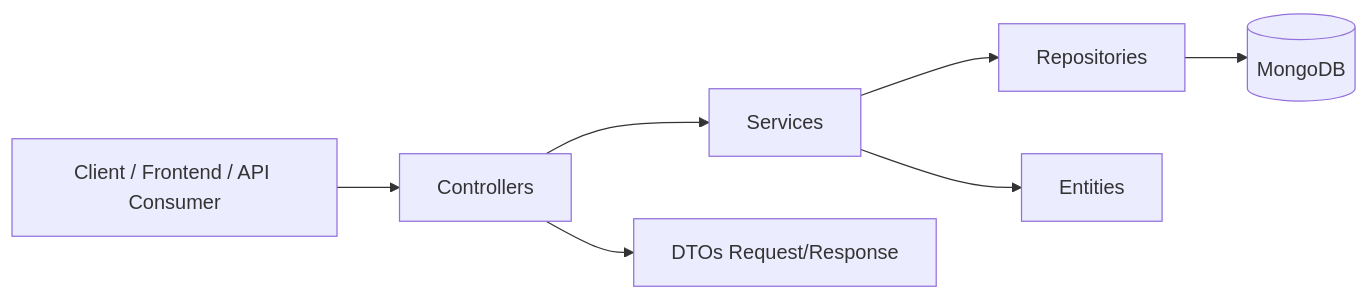
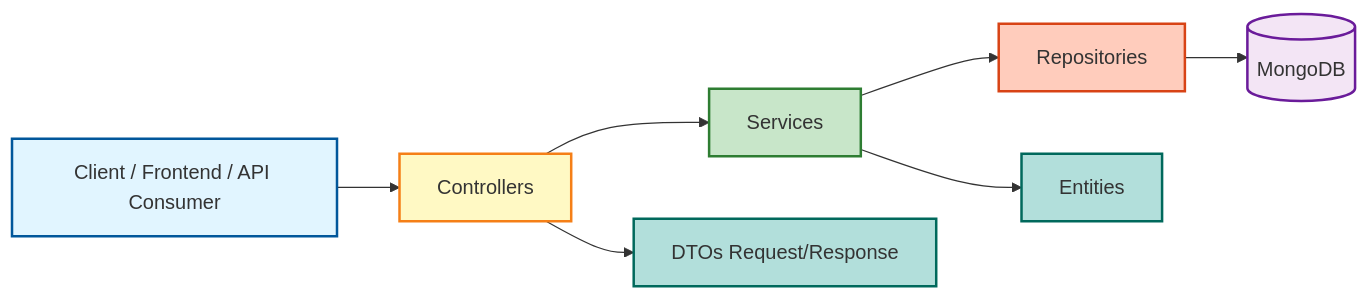
One commit to fasai444/GreenDesk changed the first of 2 diagrams in docs/architecture.md. Above: the diagram before and after it, drawn with Mermaid. The commit also changed other lines of this file and 6 other files, not shown here.

````diff
--- a/docs/architecture.md
+++ b/docs/architecture.md
@@ -14,10 +14,24 @@
 ```mermaid
 flowchart LR
-		Client[Client / Frontend / API Consumer] --> C[Controllers]
-		C --> S[Services]
-		S --> R[Repositories]
-		R --> M[(MongoDB)]
+    Client[Client / Frontend / API Consumer] --> C[Controllers]
+    C --> S[Services]
+    S --> R[Repositories]
+    R --> M[(MongoDB)]
 
-		S --> E[Entities]
-		C --> DTO[DTOs Request/Response]
+    S --> E[Entities]
+    C --> DTO[DTOs Request/Response]
+    
+    classDef clientStyle fill:#e1f5ff,stroke:#01579b,stroke-width:2px
+    classDef ctrlStyle fill:#fff9c4,stroke:#f57f17,stroke-width:2px
+    classDef svcStyle fill:#c8e6c9,stroke:#2e7d32,stroke-width:2px
+    classDef repoStyle fill:#ffccbc,stroke:#d84315,stroke-width:2px
+    classDef dbStyle fill:#f3e5f5,stroke:#6a1b9a,stroke-width:2px
+    classDef domainStyle fill:#b2dfdb,stroke:#00695c,stroke-width:2px
+    
+    class Client clientStyle
+    class C ctrlStyle
+    class S svcStyle
+    class R repoStyle
+    class M dbStyle
+    class E,DTO domainStyle
 ```
````
